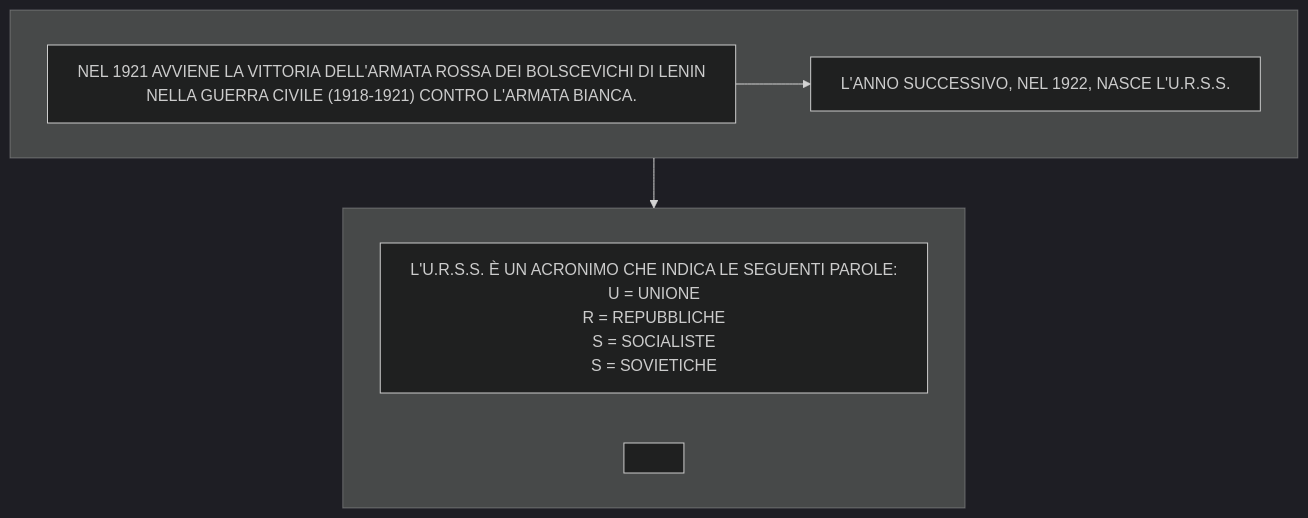
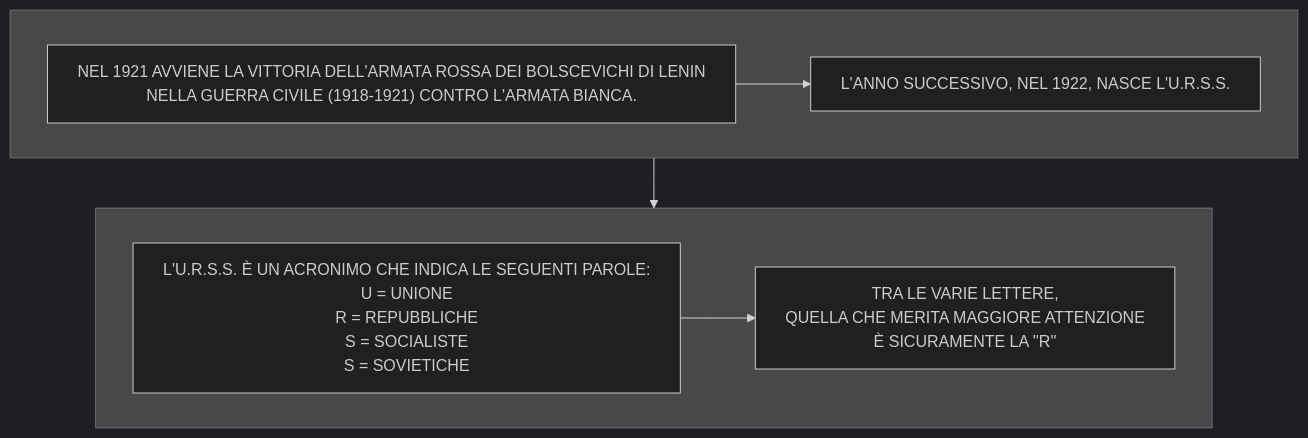
Diagram 11 of 11 in stalinismoRiscrittura.md (Laaouatni/ricerca-storia-MermaidJS), drawn with Mermaid (dark theme) before and after one commit.

````diff
--- a/stalinismoRiscrittura.md
+++ b/stalinismoRiscrittura.md
@@ -196,14 +196,15 @@
 ```mermaid
 %%{init: { "flowchart": { "wrappingWidth": 800 } }}%%
 flowchart TB
   subgraph 1[" "]
     0["NEL 1921 AVVIENE LA VITTORIA DELL'ARMATA ROSSA DEI BOLSCEVICHI DI LENIN <br>NELLA GUERRA CIVILE (1918-1921) CONTRO L'ARMATA BIANCA."]
     01["L'ANNO SUCCESSIVO, NEL 1922, NASCE L'U.R.S.S."]
     0 --> 01
   end
   subgraph 3[" "]
     2[L'U.R.S.S. È UN ACRONIMO CHE INDICA LE SEGUENTI PAROLE: <br> U = UNIONE <br> R = REPUBBLICHE <br> S = SOCIALISTE <br> S = SOVIETICHE]
-    20[ ]
+    20[TRA LE VARIE LETTERE, <br>QUELLA CHE MERITA MAGGIORE ATTENZIONE <br>È SICURAMENTE LA ''R'']
+    2 --> 20
   end
   1 --> 3
 ```
````
